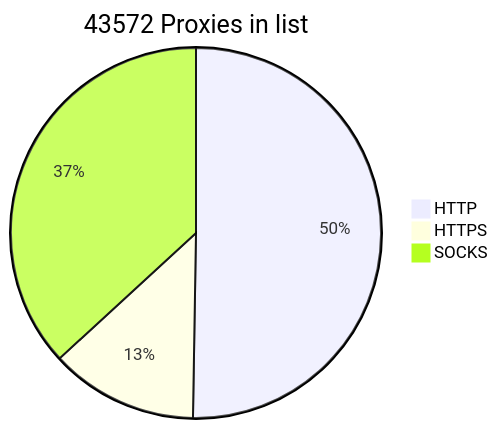
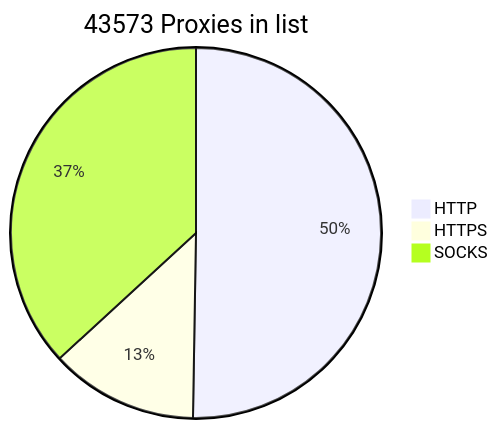
Before and after one commit to BlackSnowDot/proxylist-update-every-minute: the diagram in README.md, drawn with Mermaid.

````diff
--- a/README.md
+++ b/README.md
@@ -2,6 +2,6 @@
 ```mermaid
-pie title 43572 Proxies in list
+pie title 43573 Proxies in list
     "HTTP" : 24383
-    "HTTPS": 6262
+    "HTTPS": 6263
     "SOCKS" : 17868
 ```
````
